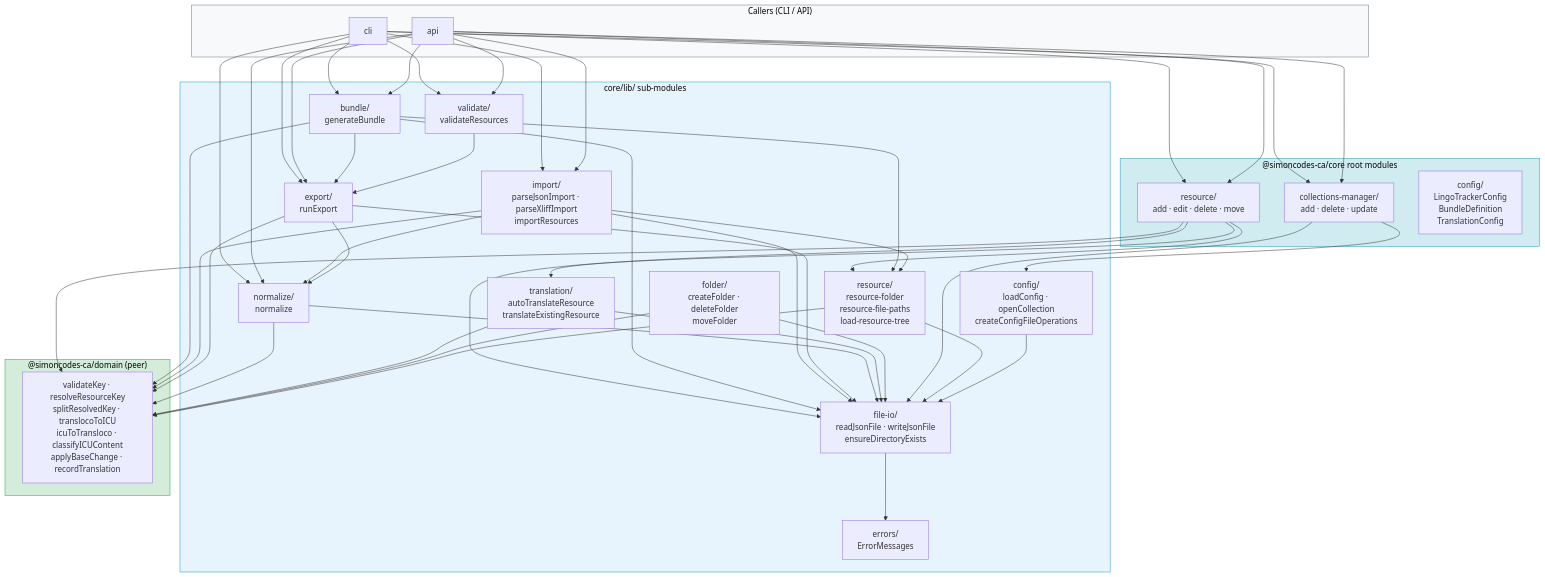
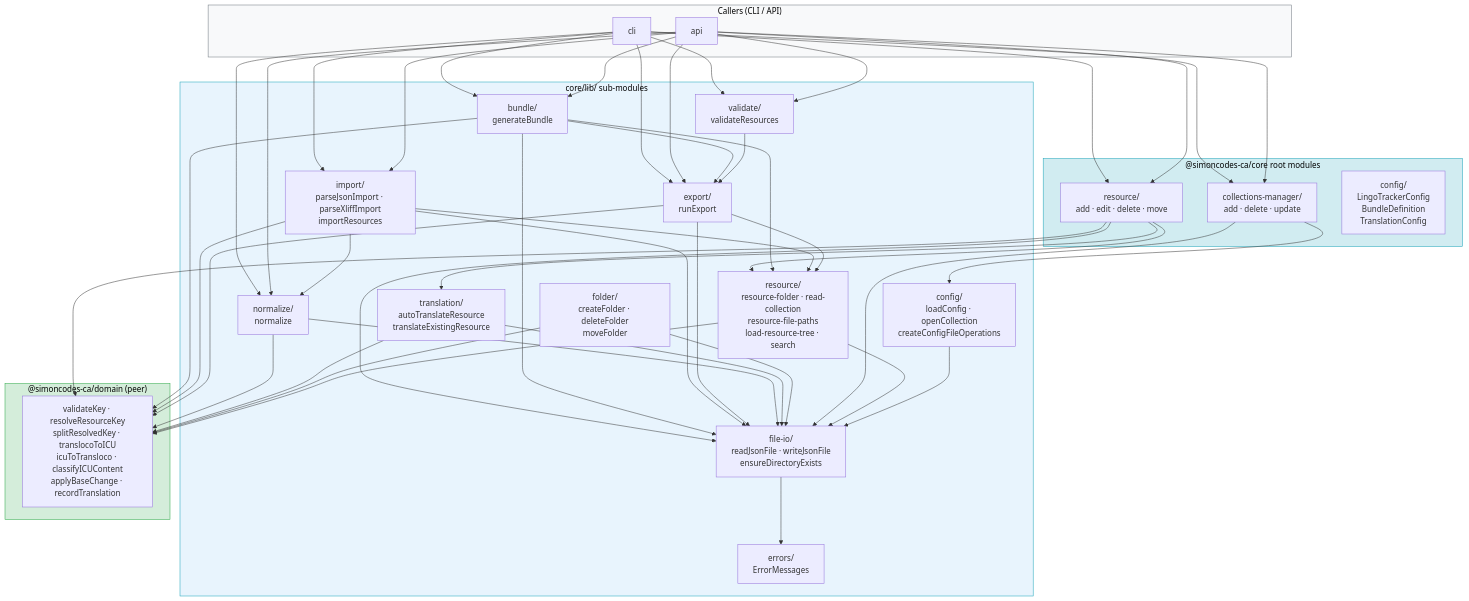
Before and after one commit to SimonNodel-AI/lingo-tracker: the first of 2 diagrams in architecture-docs/core-library.md, drawn with Mermaid. The commit also changed other lines of this file and 54 other files, not shown here.

```diff
--- a/architecture-docs/core-library.md
+++ b/architecture-docs/core-library.md
@@ -161,7 +170,7 @@
         FILEIO["file-io/\nreadJsonFile · writeJsonFile\nensureDirectoryExists"]
         CONFIG_LIB["config/\nloadConfig · openCollection\ncreateConfigFileOperations"]
         ERRORS["errors/\nErrorMessages"]
-        RESOURCE_LIB["resource/\nresource-folder\nresource-file-paths\nload-resource-tree"]
+        RESOURCE_LIB["resource/\nresource-folder · read-collection\nresource-file-paths\nload-resource-tree · search"]
     end
 
     subgraph domain["@simoncodes-ca/domain (peer)"]
@@ -200,7 +209,7 @@
     IMPORT --> DOMAIN
 
     EXPORT --> FILEIO
-    EXPORT --> NORMALIZE
+    EXPORT --> RESOURCE_LIB
     EXPORT --> DOMAIN
 
     VALIDATE --> EXPORT
```
